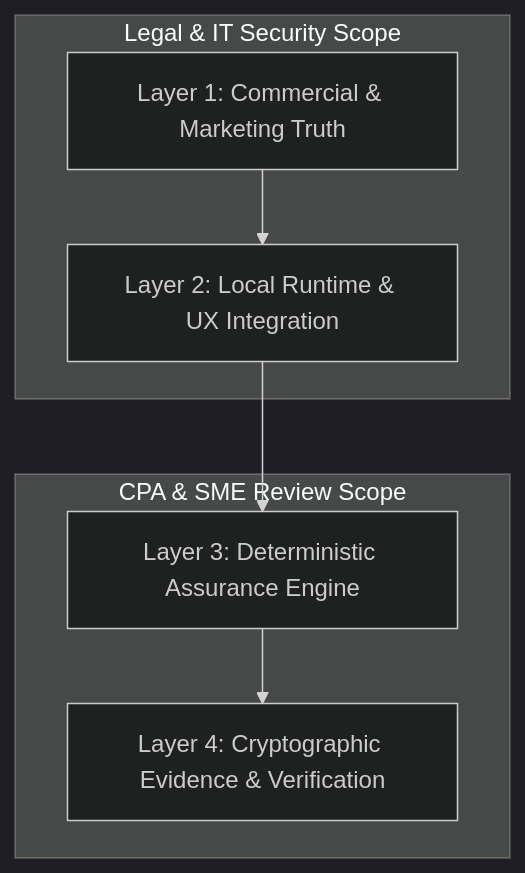
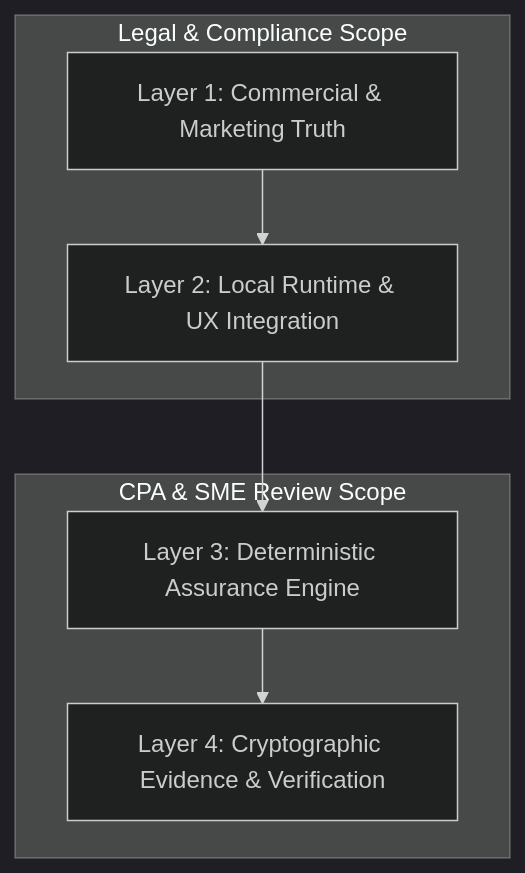
Before and after one commit to KasivisvanathanAmirdhalingam/VaultBasis: the diagram in docs/MMP15_UAT_SME_CPA_VALIDATION_MATRIX.md, drawn with Mermaid (dark theme). The commit also changed other lines of this file, not shown here.

````diff
--- a/docs/MMP15_UAT_SME_CPA_VALIDATION_MATRIX.md
+++ b/docs/MMP15_UAT_SME_CPA_VALIDATION_MATRIX.md
@@ -14,17 +20,17 @@
 ```mermaid
 graph TD
     A["Layer 1: Commercial & Marketing Truth"] --> B["Layer 2: Local Runtime & UX Integration"]
     B --> C["Layer 3: Deterministic Assurance Engine"]
     C --> D["Layer 4: Cryptographic Evidence & Verification"]
     
     subgraph "CPA & SME Review Scope"
     C
     D
     end
     
-    subgraph "Legal & IT Security Scope"
+    subgraph "Legal & Compliance Scope"
     A
     B
     D
     end
 ```
````
